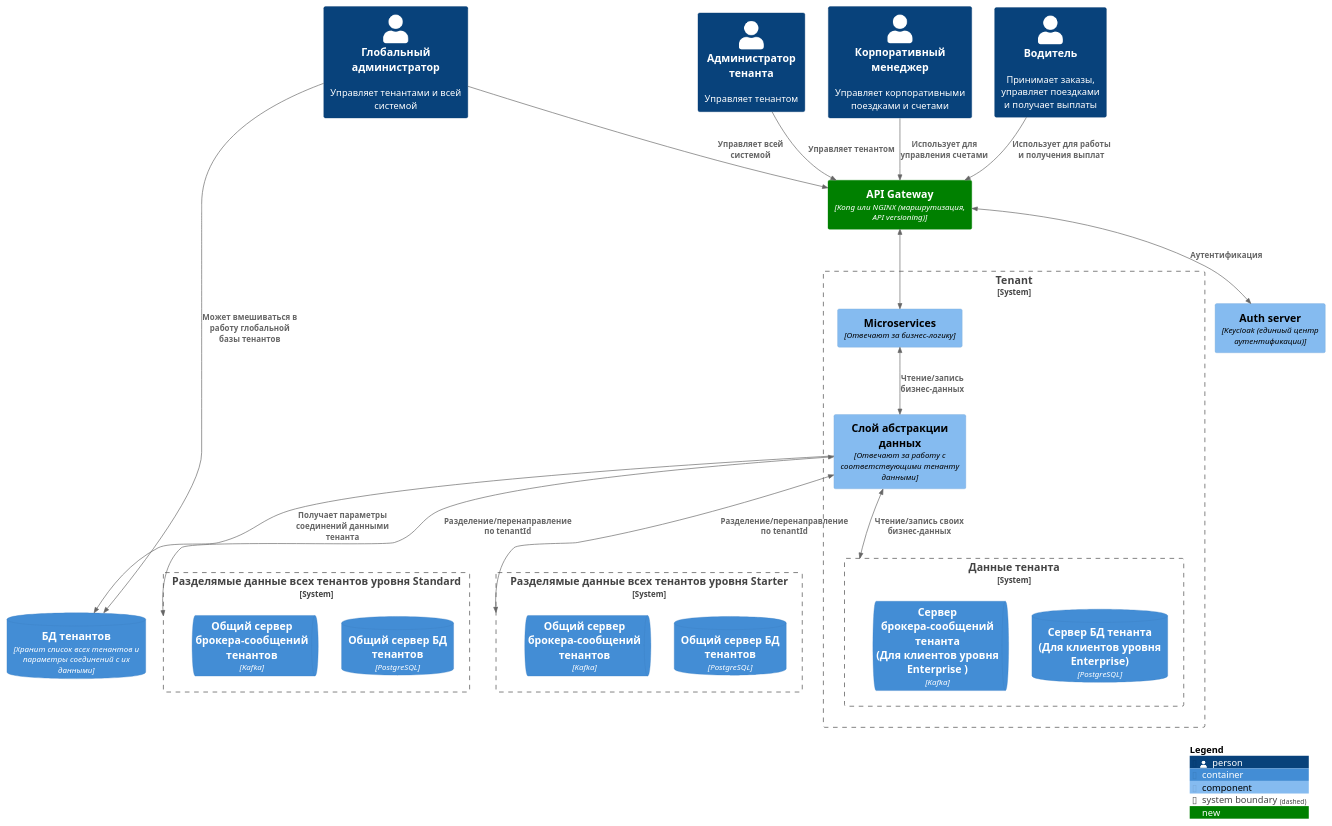
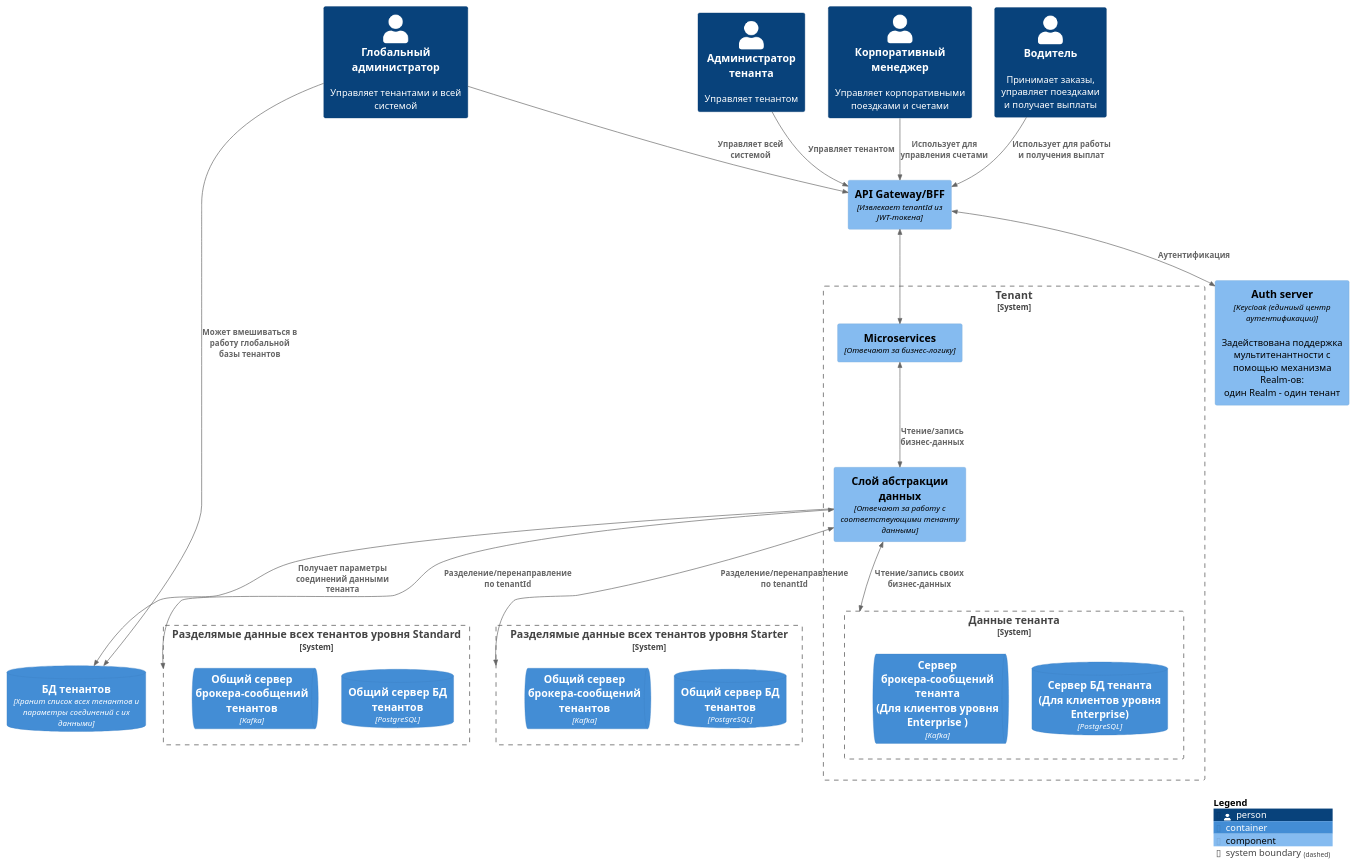
One commit to Babikoff/MSA-GoFuture changed the diagram in Task5/diagrams/C3-multitenancy.puml. Above: the diagram before and after it, drawn with PlantUML.

Commit message:
Task5: обновление диаграммы

```diff
--- a/Task5/diagrams/C3-multitenancy.puml
+++ b/Task5/diagrams/C3-multitenancy.puml
@@ -1,56 +1,56 @@
 @startuml Multitenancy
 !include https://raw.githubusercontent.com/plantuml-stdlib/C4-PlantUML/master/C4_Component.puml
 
 AddRelTag("new", $lineColor="green",$textColor="green", $lineStyle=SolidLine())
 AddSystemTag("new", $bgColor="green", $fontColor="white", $borderColor="green")
 AddSystemTag("Orchestrator", $bgColor="green", $fontColor="yellow", $borderColor="yellow")
 
 Person(global_admin, "Глобальный администратор", "Управляет тенантами и всей системой")
 Person(local_admin, "Администратор тенанта", "Управляет тенантом")
 Person(manager, "Корпоративный менеджер", "Управляет корпоративными поездками и счетами")
 Person(driver, "Водитель", "Принимает заказы, управляет поездками\nи получает выплаты") 
 
-Component(api_gateway, "API Gateway", "Kong или NGINX (маршрутизация, API versioning)", $tags="new")
-Component(auth_server, "Auth server", "Keycloak (единиый центр аутентификации)")
+Component(api_gateway, "API Gateway/BFF", "Извлекает tenantId из JWT-токена")
+Component(auth_server, "Auth server", "Keycloak (единиый центр аутентификации)", "Задействована поддержка мультитенантности с помощью механизма Realm-ов:\nодин Realm - один тенант")
 ContainerDb(all_tenants_db, "БД тенантов", "Хранит список всех тенантов и параметры соединений с их данными")
 
 System_Boundary(tenant, "Tenant") {
   Component(tenant_microservices, "Microservices", "Отвечают за бизнес-логику")
   Component(data_abstraction_layer, "Слой абстракции данных", "Отвечают за работу с соответствующими тенанту данными")
   System_Boundary(tenant_data, "Данные тенанта") {
     ContainerDb(tenant_db, "Сервер БД тенанта\n(Для клиентов уровня Enterprise)", "PostgreSQL", "")
     ContainerQueue(tenant_queue, "Сервер брокера-сообщений тенанта\n(Для клиентов уровня Enterprise )", "Kafka", "")
   }
 }
 
 System_Boundary(shared_tenants_data_standard, "Разделямые данные всех тенантов уровня Standard") {
   ContainerDb(shared_db_standard, "Общий сервер БД тенантов", "PostgreSQL", "")
   ContainerQueue(shared_queue_standard, "Общий сервер брокера-сообщений тенантов", "Kafka", "")
 }
 
 System_Boundary(shared_tenants_data_starter, "Разделямые данные всех тенантов уровня Starter") {
   ContainerDb(shared_db_starter, "Общий сервер БД тенантов", "PostgreSQL", "")
   ContainerQueue(shared_queue_starter, "Общий сервер брокера-сообщений тенантов", "Kafka", "")
 }
 
 ' СВЯЗИ
 BiRel(api_gateway, tenant_microservices, "")
 Rel(data_abstraction_layer, all_tenants_db, "Получает параметры соединений данными тенанта")
 
 ' Связи тенантов с их данными
 BiRel(tenant_microservices, data_abstraction_layer, "Чтение/запись бизнес-данных")
 BiRel(data_abstraction_layer, tenant_data, "Чтение/запись своих бизнес-данных")
 BiRel(data_abstraction_layer, shared_tenants_data_standard, "Разделение/перенаправление по tenantId")
 BiRel(data_abstraction_layer, shared_tenants_data_starter, "Разделение/перенаправление по tenantId")
 
 Rel(driver, api_gateway, "Использует для работы и получения выплат")
 Rel(manager, api_gateway, "Использует для управления счетами")
 Rel(global_admin, api_gateway, "Управляет всей системой")
 Rel(global_admin, all_tenants_db, "Может вмешиваться в работу глобальной базы тенантов")
 Rel(local_admin, api_gateway, "Управляет тенантом")
 
 BiRel(api_gateway, auth_server, "Аутентификация")
 
 SHOW_LEGEND()
 
 @enduml
```
